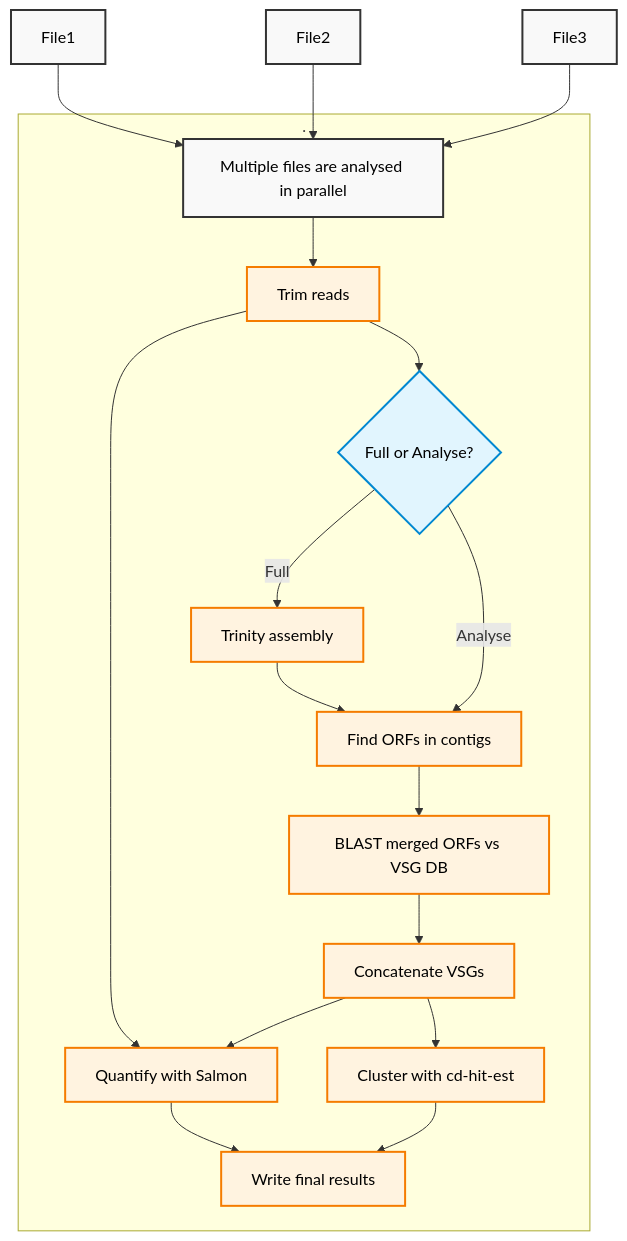
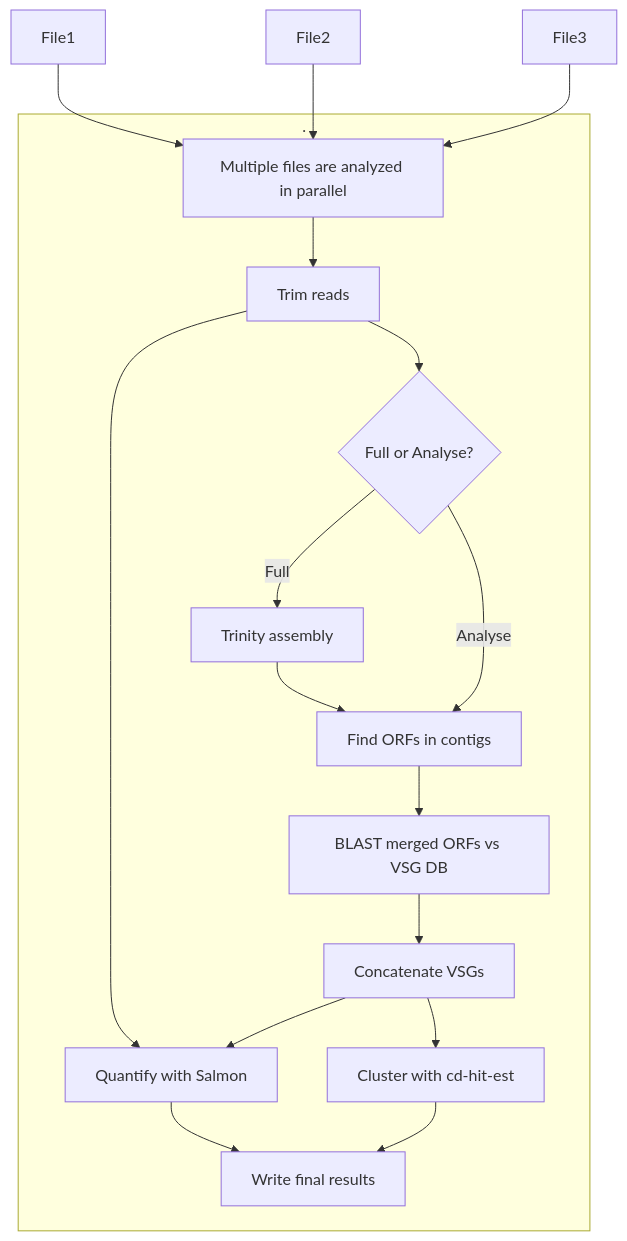
One commit to goldrieve/vsgseq2 changed the diagram in README.md. Above: the diagram before and after it, drawn with Mermaid. The commit also changed other lines of this file, not shown here.

````diff
--- a/README.md
+++ b/README.md
@@ -73,37 +97,29 @@
 ```mermaid
-
 flowchart TD
     subgraph vsgseq2["."]
         C3["Trim reads"]
         D3{"Full or Analyse?"}
         E3["Trinity assembly"]
         F3["Find ORFs in contigs"]
         G3["BLAST merged ORFs vs VSG DB"]
         H3["Concatenate VSGs"]
         I3["Cluster with cd-hit-est"]
         K3["Quantify with Salmon"]
         L3["Write final results"]
-        M3["Multiple files are analysed in parallel"]
+        M3["Multiple files are analyzed in parallel"]
     end
 
     Fi1["File1"] --> M3
     Fi2["File2"] --> M3
     Fi3["File3"] --> M3
     M3 --> C3
     C3 --> D3 & K3
     D3 -- Full --> E3
     E3 --> F3
     D3 -- Analyse --> F3
     F3 --> G3
     G3 --> H3
     H3 --> K3 & I3
     K3 --> L3
     I3 --> L3
-
-    classDef default fill:#f9f9f9,stroke:#333,stroke-width:2px,color:#000
-    classDef decision fill:#e1f5fe,stroke:#0288d1,stroke-width:2px,color:#000
-    classDef process fill:#fff3e0,stroke:#f57c00,stroke-width:2px,color:#000
-
-    class C1,D3 decision
-    class D1,E1,F1,G1,H1,I1,J1,M1,N1,P1,C3,E3,F3,G3,H3,I3,K3,L3 process
 ```
````
